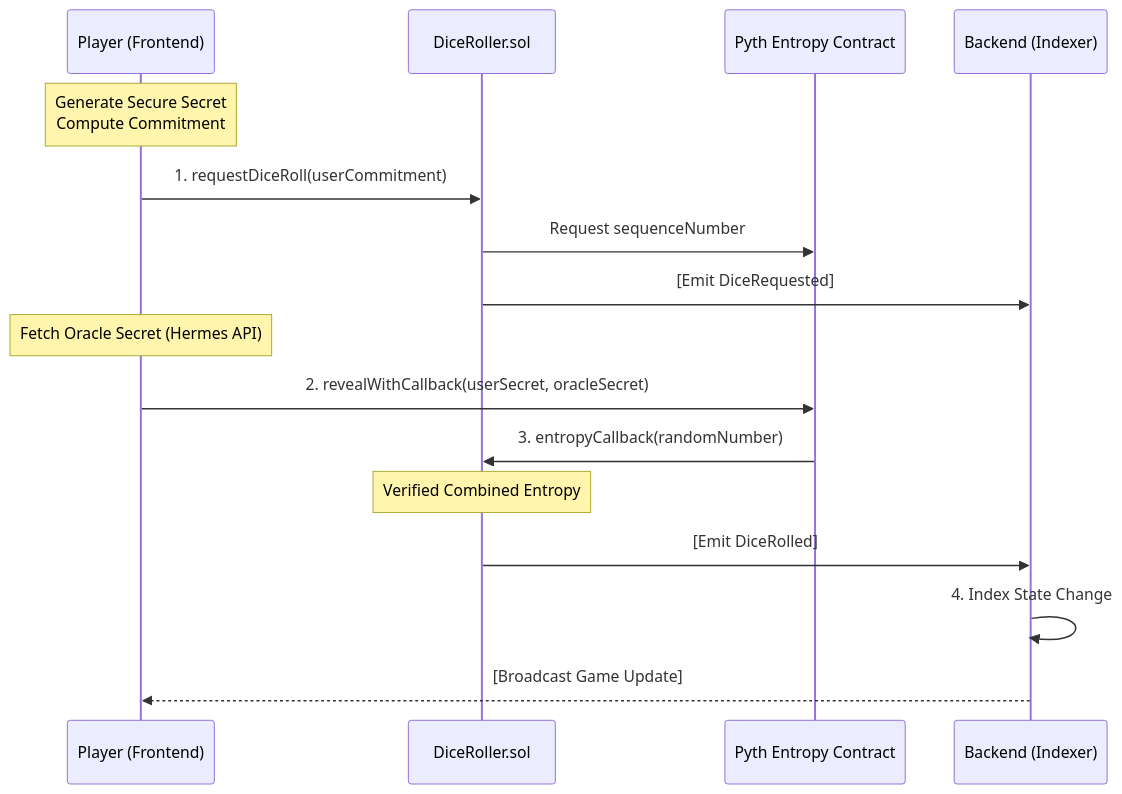
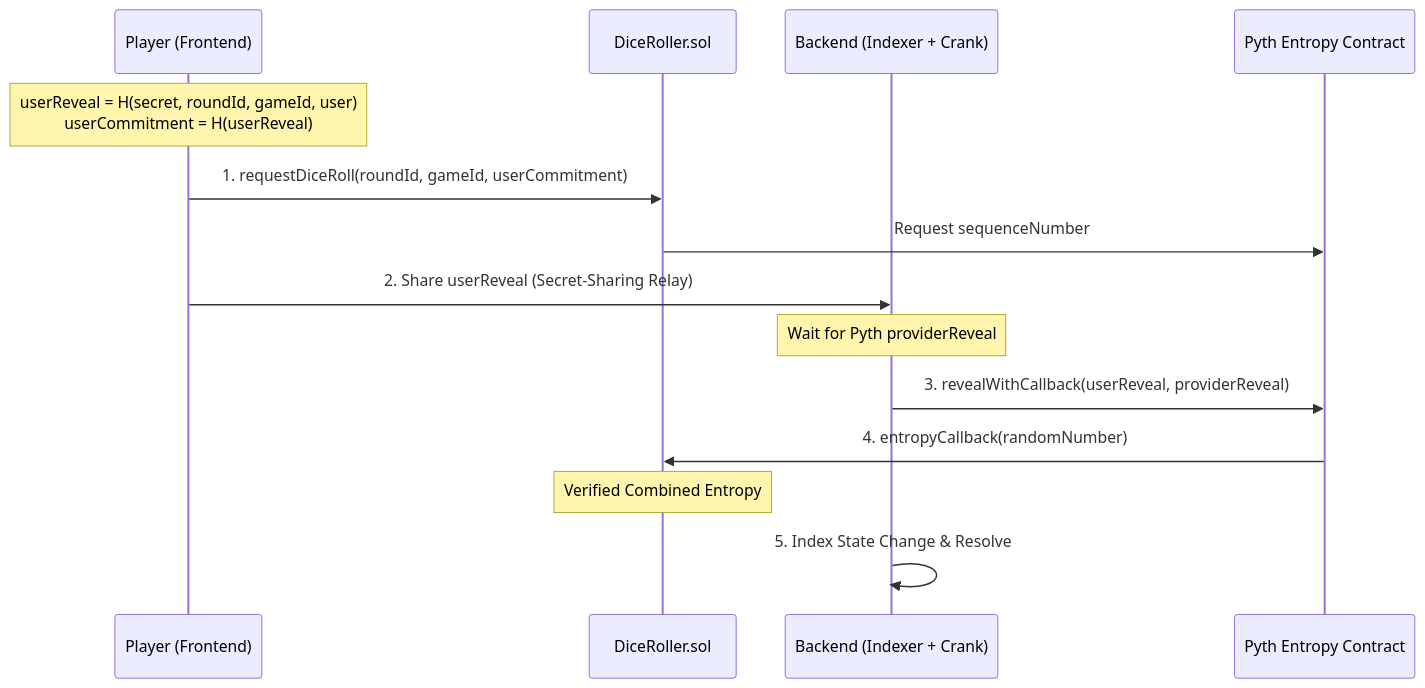
The diagram in README.md (tobiawolaju/vrf), drawn with Mermaid before and after one commit. The commit also changed other lines of this file and 4 other files, not shown here.

````diff
--- a/README.md
+++ b/README.md
@@ -26,22 +17,20 @@
 ```mermaid
 sequenceDiagram
     participant Player as Player (Frontend)
     participant Contract as DiceRoller.sol
+    participant Backend as Backend (Indexer + Crank)
     participant Pyth as Pyth Entropy Contract
-    participant Backend as Backend (Indexer)
 
-    Note over Player: Generate Secure Secret<br/>Compute Commitment
-    Player->>Contract: 1. requestDiceRoll(userCommitment)
+    Note over Player: userReveal = H(secret, roundId, gameId, user)<br/>userCommitment = H(userReveal)
+    Player->>Contract: 1. requestDiceRoll(roundId, gameId, userCommitment)
     Contract->>Pyth: Request sequenceNumber
-    Contract->>Backend: [Emit DiceRequested]
     
-    Note over Player: Fetch Oracle Secret (Hermes API)
+    Player->>Backend: 2. Share userReveal (Secret-Sharing Relay)
     
-    Player->>Pyth: 2. revealWithCallback(userSecret, oracleSecret)
-    Pyth->>Contract: 3. entropyCallback(randomNumber)
+    Note over Backend: Wait for Pyth providerReveal
+    Backend->>Pyth: 3. revealWithCallback(userReveal, providerReveal)
+    Pyth->>Contract: 4. entropyCallback(randomNumber)
     Note over Contract: Verified Combined Entropy
-    Contract->>Backend: [Emit DiceRolled]
     
-    Backend->>Backend: 4. Index State Change
-    Backend-->>Player: [Broadcast Game Update]
+    Backend->>Backend: 5. Index State Change & Resolve
 ```
````
